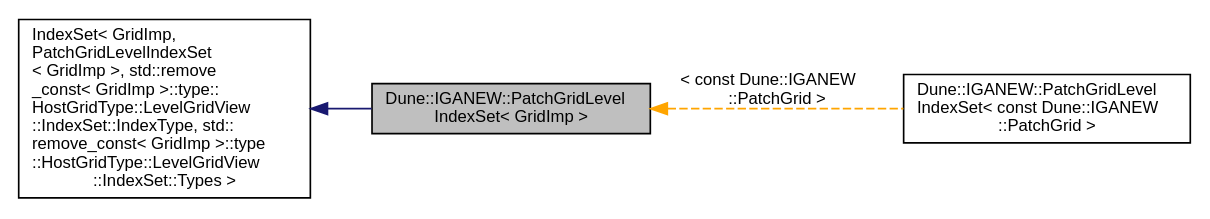
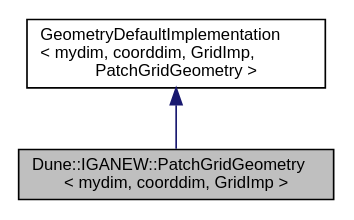
Before and after one commit to rath3t/dune-iga-doc: the diagram in df/d18/a01071.dot, drawn with Graphviz. The commit also changed 818 other files, not shown here.

```diff
--- a/df/d18/a01071.dot
+++ b/df/d18/a01071.dot
@@ -1,12 +1,9 @@
-digraph "Dune::IGANEW::PatchGridLevelIndexSet&lt; GridImp &gt;"
+digraph "Dune::IGANEW::PatchGridGeometry&lt; mydim, coorddim, GridImp &gt;"
 {
  // LATEX_PDF_SIZE
   edge [fontname="Helvetica",fontsize="10",labelfontname="Helvetica",labelfontsize="10"];
   node [fontname="Helvetica",fontsize="10",shape=record];
-  rankdir="LR";
-  Node1 [label="Dune::IGANEW::PatchGridLevel\lIndexSet\< GridImp \>",height=0.2,width=0.4,color="black", fillcolor="grey75", style="filled", fontcolor="black",tooltip=" "];
+  Node1 [label="Dune::IGANEW::PatchGridGeometry\l\< mydim, coorddim, GridImp \>",height=0.2,width=0.4,color="black", fillcolor="grey75", style="filled", fontcolor="black",tooltip=" "];
   Node2 -> Node1 [dir="back",color="midnightblue",fontsize="10",style="solid",fontname="Helvetica"];
-  Node2 [label="IndexSet\< GridImp,\l PatchGridLevelIndexSet\l\< GridImp \>, std::remove\l_const\< GridImp \>::type::\lHostGridType::LevelGridView\l::IndexSet::IndexType, std::\lremove_const\< GridImp \>::type\l::HostGridType::LevelGridView\l::IndexSet::Types \>",height=0.2,width=0.4,color="black", fillcolor="white", style="filled",tooltip=" "];
-  Node1 -> Node3 [dir="back",color="orange",fontsize="10",style="dashed",label=" \< const Dune::IGANEW\l::PatchGrid \>" ,fontname="Helvetica"];
-  Node3 [label="Dune::IGANEW::PatchGridLevel\lIndexSet\< const Dune::IGANEW\l::PatchGrid \>",height=0.2,width=0.4,color="black", fillcolor="white", style="filled",URL="$d6/d6a/a01072.html",tooltip=" "];
+  Node2 [label="GeometryDefaultImplementation\l\< mydim, coorddim, GridImp,\l PatchGridGeometry \>",height=0.2,width=0.4,color="black", fillcolor="white", style="filled",tooltip=" "];
 }
```
